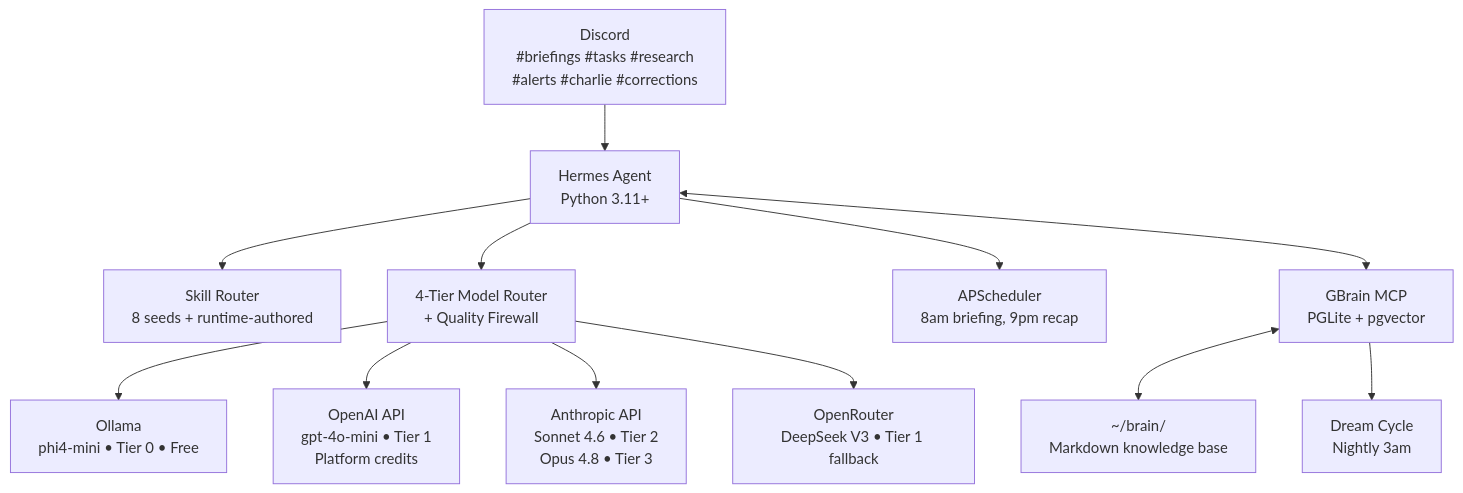
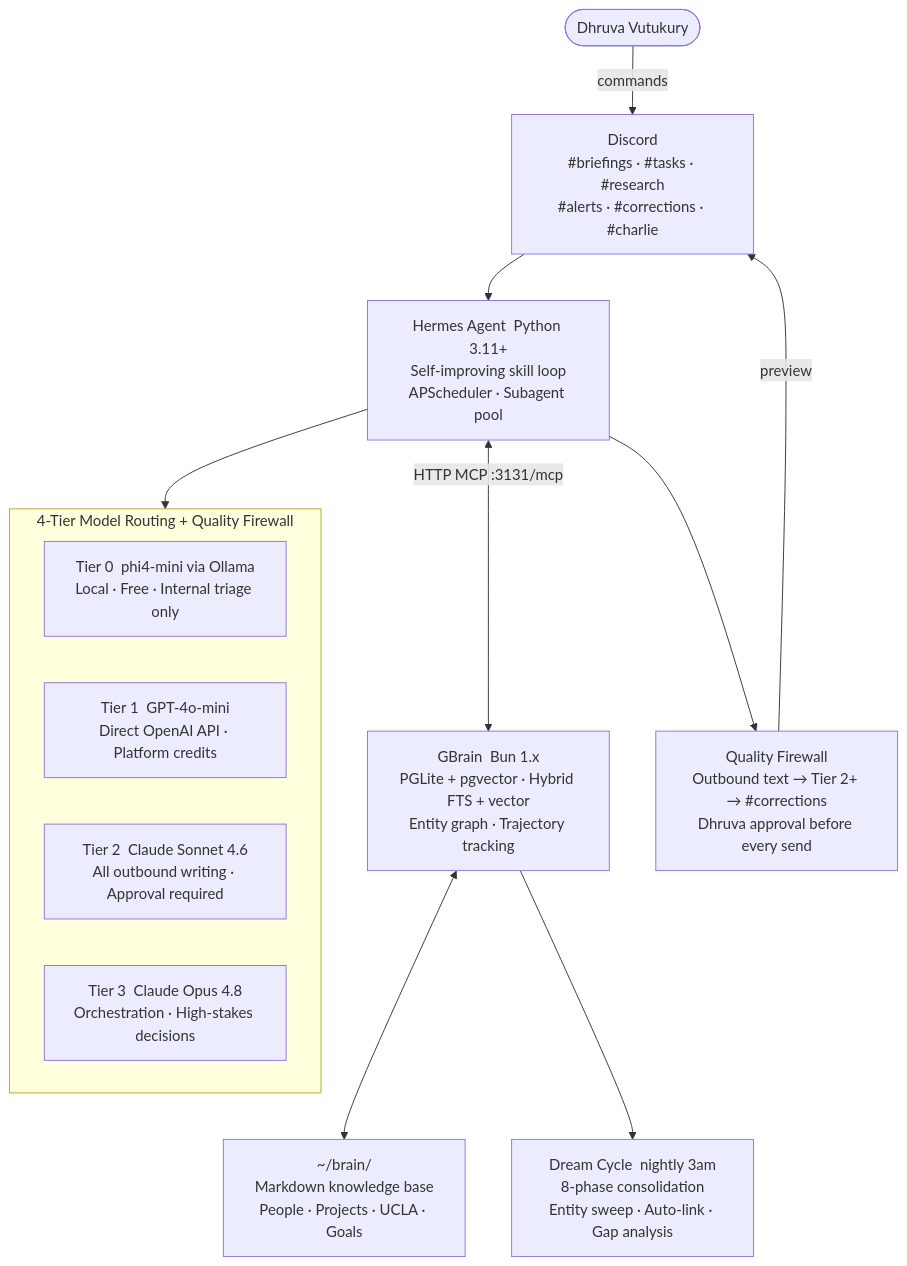
The diagram in README.md (Dhruva966/DhruvaOS-Mark2), drawn with Mermaid before and after one commit. The commit also changed other lines of this file, not shown here.

First line of the commit message:
docs(readme): prestigious technical rewrite with use-cases and Mermaid diagram

````diff
--- a/README.md
+++ b/README.md
@@ -7,29 +52,32 @@
 ```mermaid
 flowchart TD
-    Discord["Discord\n#briefings #tasks #research\n#alerts #charlie #corrections"]
-    Hermes["Hermes Agent\nPython 3.11+"]
-    SkillRouter["Skill Router\n8 seeds + runtime-authored"]
-    ModelRouter["4-Tier Model Router\n+ Quality Firewall"]
-    Scheduler["APScheduler\n8am briefing, 9pm recap"]
-    GBrain["GBrain MCP\nPGLite + pgvector"]
-    Brain["~/brain/\nMarkdown knowledge base"]
-    DreamCycle["Dream Cycle\nNightly 3am"]
+    Dhruva(["Dhruva Vutukury"])
 
-    Ollama["Ollama\nphi4-mini • Tier 0 • Free"]
-    OpenAI["OpenAI API\ngpt-4o-mini • Tier 1\nPlatform credits"]
-    Anthropic["Anthropic API\nSonnet 4.6 • Tier 2\nOpus 4.8 • Tier 3"]
-    OpenRouter["OpenRouter\nDeepSeek V3 • Tier 1 fallback"]
+    Discord["Discord\n#briefings · #tasks · #research\n#alerts · #corrections · #charlie"]
 
+    Hermes["Hermes Agent  Python 3.11+\nSelf-improving skill loop\nAPScheduler · Subagent pool"]
+
+    subgraph Routing ["4-Tier Model Routing + Quality Firewall"]
+        T0["Tier 0  phi4-mini via Ollama\nLocal · Free · Internal triage only"]
+        T1["Tier 1  GPT-4o-mini\nDirect OpenAI API · Platform credits"]
+        T2["Tier 2  Claude Sonnet 4.6\nAll outbound writing · Approval required"]
+        T3["Tier 3  Claude Opus 4.8\nOrchestration · High-stakes decisions"]
+    end
+
+    GBrain["GBrain  Bun 1.x\nPGLite + pgvector · Hybrid FTS + vector\nEntity graph · Trajectory tracking"]
+
+    Brain["~/brain/\nMarkdown knowledge base\nPeople · Projects · UCLA · Goals"]
+
+    Dream["Dream Cycle  nightly 3am\n8-phase consolidation\nEntity sweep · Auto-link · Gap analysis"]
+
+    Firewall["Quality Firewall\nOutbound text → Tier 2+ → #corrections\nDhruva approval before every send"]
+
+    Dhruva -->|"commands"| Discord
     Discord --> Hermes
-    Hermes --> SkillRouter
-    Hermes --> ModelRouter
-    Hermes --> Scheduler
-    Hermes <--> GBrain
+    Hermes <-->|"HTTP MCP  :3131/mcp"| GBrain
     GBrain <--> Brain
-    GBrain --> DreamCycle
-
-    ModelRouter --> Ollama
-    ModelRouter --> OpenAI
-    ModelRouter --> Anthropic
-    ModelRouter --> OpenRouter
+    GBrain --> Dream
+    Hermes --> Routing
+    Hermes --> Firewall
+    Firewall -->|"preview"| Discord
 ```
````
